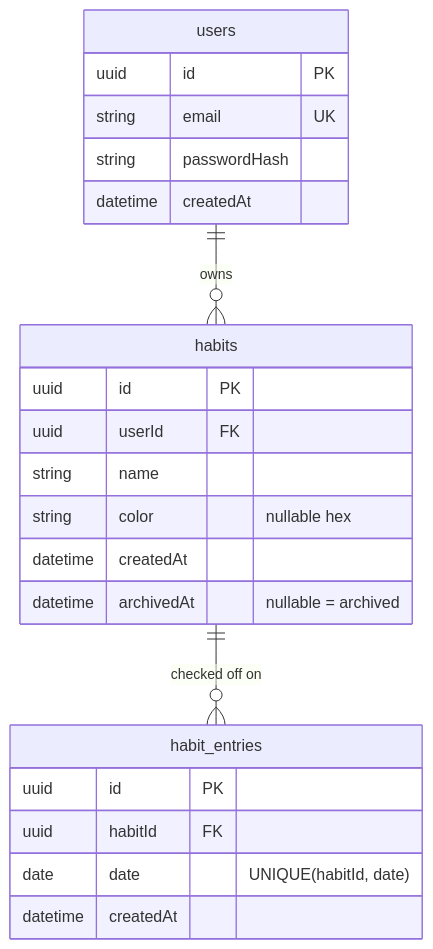
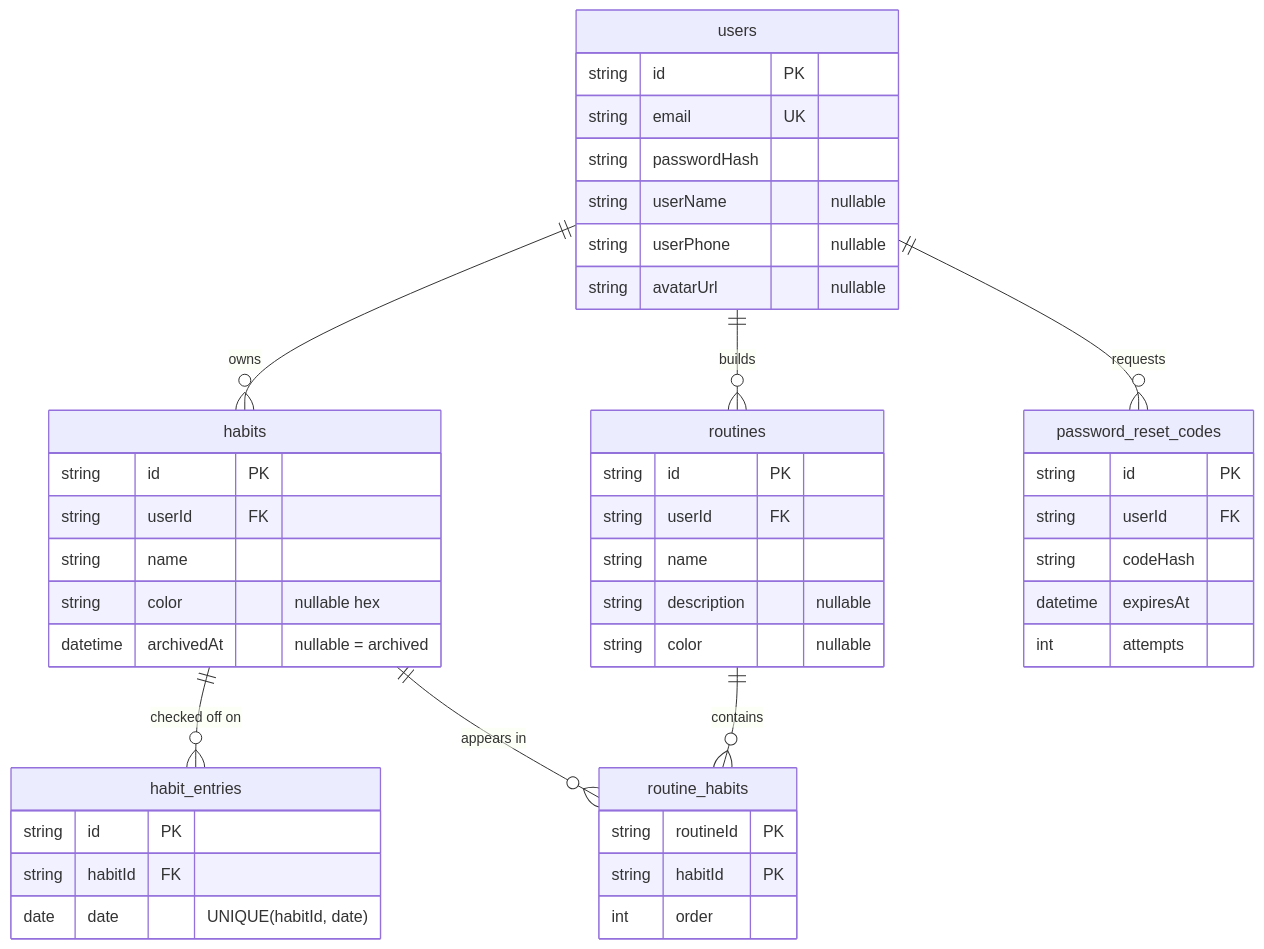
The second of 2 diagrams in README.md (duynnguyen22/one_percent), drawn with Mermaid before and after one commit. The commit also changed other lines of this file, not shown here.

````diff
--- a/README.md
+++ b/README.md
@@ -166,26 +194,49 @@
 ```mermaid
 erDiagram
     users ||--o{ habits : owns
+    users ||--o{ routines : builds
+    users ||--o{ password_reset_codes : requests
     habits ||--o{ habit_entries : "checked off on"
+    routines ||--o{ routine_habits : contains
+    habits ||--o{ routine_habits : "appears in"
 
     users {
-        uuid id PK
+        string id PK
         string email UK
         string passwordHash
-        datetime createdAt
+        string userName "nullable"
+        string userPhone "nullable"
+        string avatarUrl "nullable"
     }
     habits {
-        uuid id PK
-        uuid userId FK
+        string id PK
+        string userId FK
         string name
         string color "nullable hex"
-        datetime createdAt
         datetime archivedAt "nullable = archived"
     }
     habit_entries {
-        uuid id PK
-        uuid habitId FK
+        string id PK
+        string habitId FK
         date date "UNIQUE(habitId, date)"
-        datetime createdAt
+    }
+    routines {
+        string id PK
+        string userId FK
+        string name
+        string description "nullable"
+        string color "nullable"
+    }
+    routine_habits {
+        string routineId PK
+        string habitId PK
+        int order
+    }
+    password_reset_codes {
+        string id PK
+        string userId FK
+        string codeHash
+        datetime expiresAt
+        int attempts
     }
 ```
````
